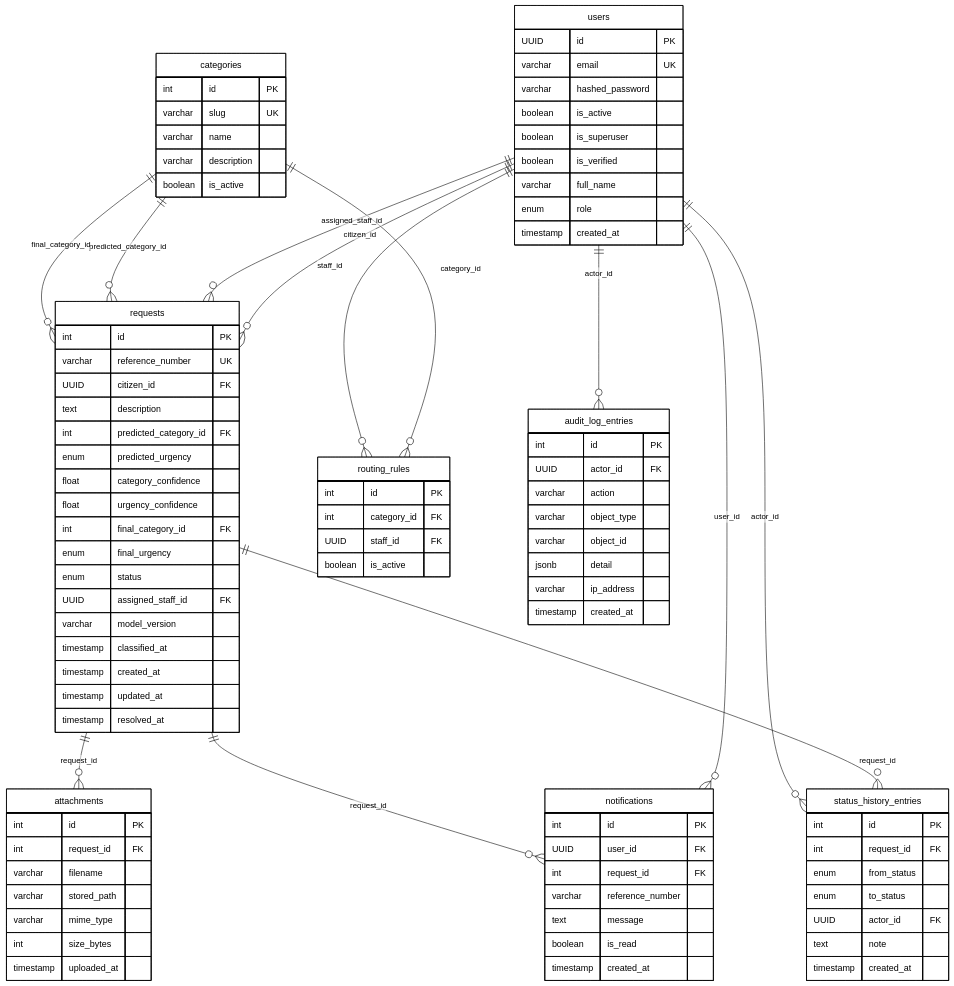
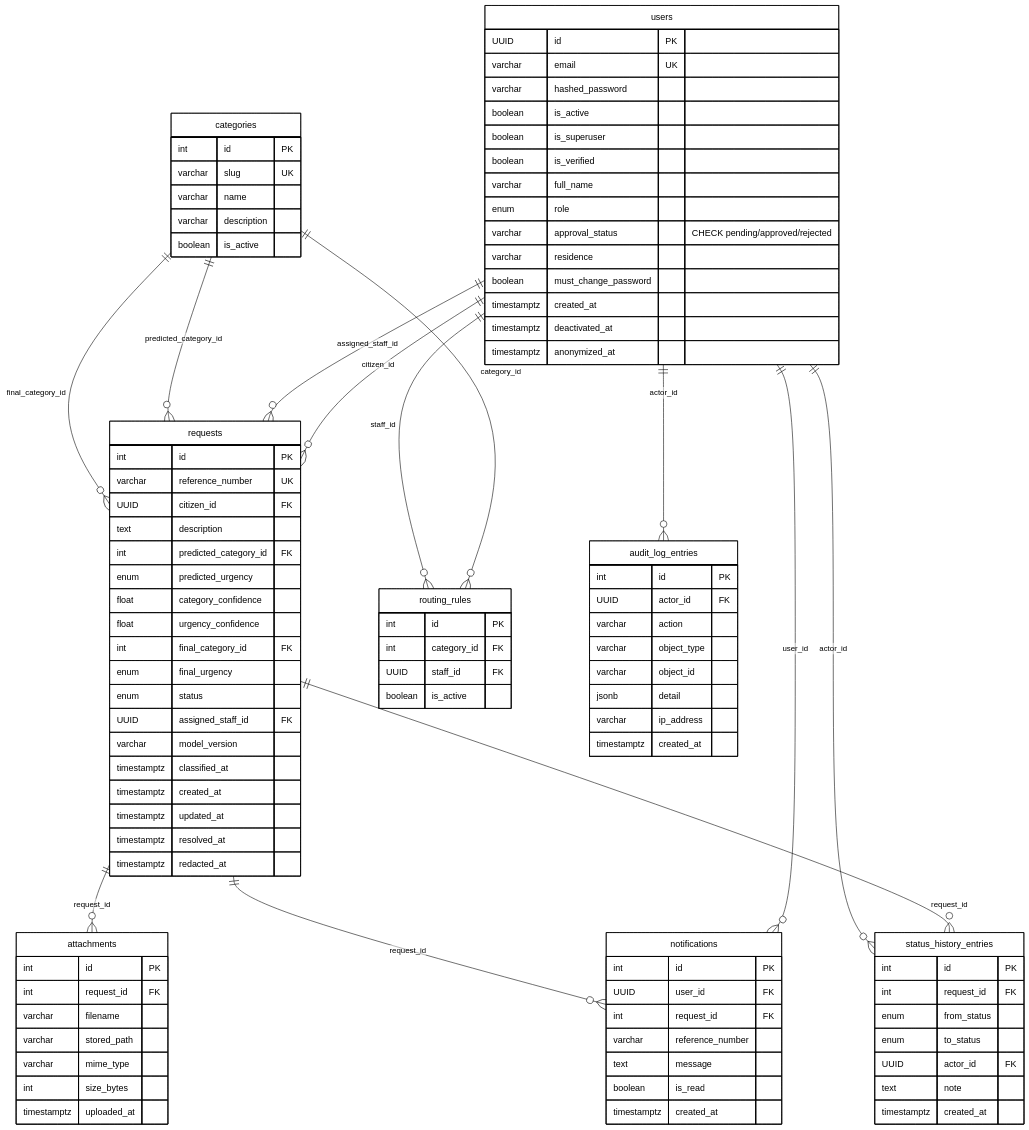
Before and after one commit to justinbs/gabai: the diagram in db-schema/gabai-erd.mmd, drawn with Mermaid. The commit also changed 2 other files, not shown here.

Commit message:
docs(db): regenerate schema dump and ERD from the current migrations

```diff
--- a/db-schema/gabai-erd.mmd
+++ b/db-schema/gabai-erd.mmd
@@ -1,95 +1,101 @@
 %%{init: {'theme':'base', 'themeVariables': {'primaryColor':'#ffffff','primaryBorderColor':'#000000','primaryTextColor':'#000000','lineColor':'#000000','secondaryColor':'#ffffff','tertiaryColor':'#ffffff','attributeBackgroundColorOdd':'#ffffff','attributeBackgroundColorEven':'#ffffff'}}}%%
 erDiagram
     users {
         UUID id PK
         varchar email UK
         varchar hashed_password
         boolean is_active
         boolean is_superuser
         boolean is_verified
         varchar full_name
         enum role
-        timestamp created_at
+        varchar approval_status "CHECK pending/approved/rejected"
+        varchar residence
+        boolean must_change_password
+        timestamptz created_at
+        timestamptz deactivated_at
+        timestamptz anonymized_at
     }
     categories {
         int id PK
         varchar slug UK
         varchar name
         varchar description
         boolean is_active
     }
     requests {
         int id PK
         varchar reference_number UK
         UUID citizen_id FK
         text description
         int predicted_category_id FK
         enum predicted_urgency
         float category_confidence
         float urgency_confidence
         int final_category_id FK
         enum final_urgency
         enum status
         UUID assigned_staff_id FK
         varchar model_version
-        timestamp classified_at
-        timestamp created_at
-        timestamp updated_at
-        timestamp resolved_at
+        timestamptz classified_at
+        timestamptz created_at
+        timestamptz updated_at
+        timestamptz resolved_at
+        timestamptz redacted_at
     }
     routing_rules {
         int id PK
         int category_id FK
         UUID staff_id FK
         boolean is_active
     }
     attachments {
         int id PK
         int request_id FK
         varchar filename
         varchar stored_path
         varchar mime_type
         int size_bytes
-        timestamp uploaded_at
+        timestamptz uploaded_at
     }
     notifications {
         int id PK
         UUID user_id FK
         int request_id FK
         varchar reference_number
         text message
         boolean is_read
-        timestamp created_at
+        timestamptz created_at
     }
     status_history_entries {
         int id PK
         int request_id FK
         enum from_status
         enum to_status
         UUID actor_id FK
         text note
-        timestamp created_at
+        timestamptz created_at
     }
     audit_log_entries {
         int id PK
         UUID actor_id FK
         varchar action
         varchar object_type
         varchar object_id
         jsonb detail
         varchar ip_address
-        timestamp created_at
+        timestamptz created_at
     }
 
     users ||--o{ requests : "citizen_id"
     users ||--o{ requests : "assigned_staff_id"
     categories ||--o{ requests : "predicted_category_id"
     categories ||--o{ requests : "final_category_id"
     categories ||--o{ routing_rules : "category_id"
     users ||--o{ routing_rules : "staff_id"
     requests ||--o{ attachments : "request_id"
     users ||--o{ notifications : "user_id"
     requests ||--o{ notifications : "request_id"
     requests ||--o{ status_history_entries : "request_id"
     users ||--o{ status_history_entries : "actor_id"
     users ||--o{ audit_log_entries : "actor_id"
```
